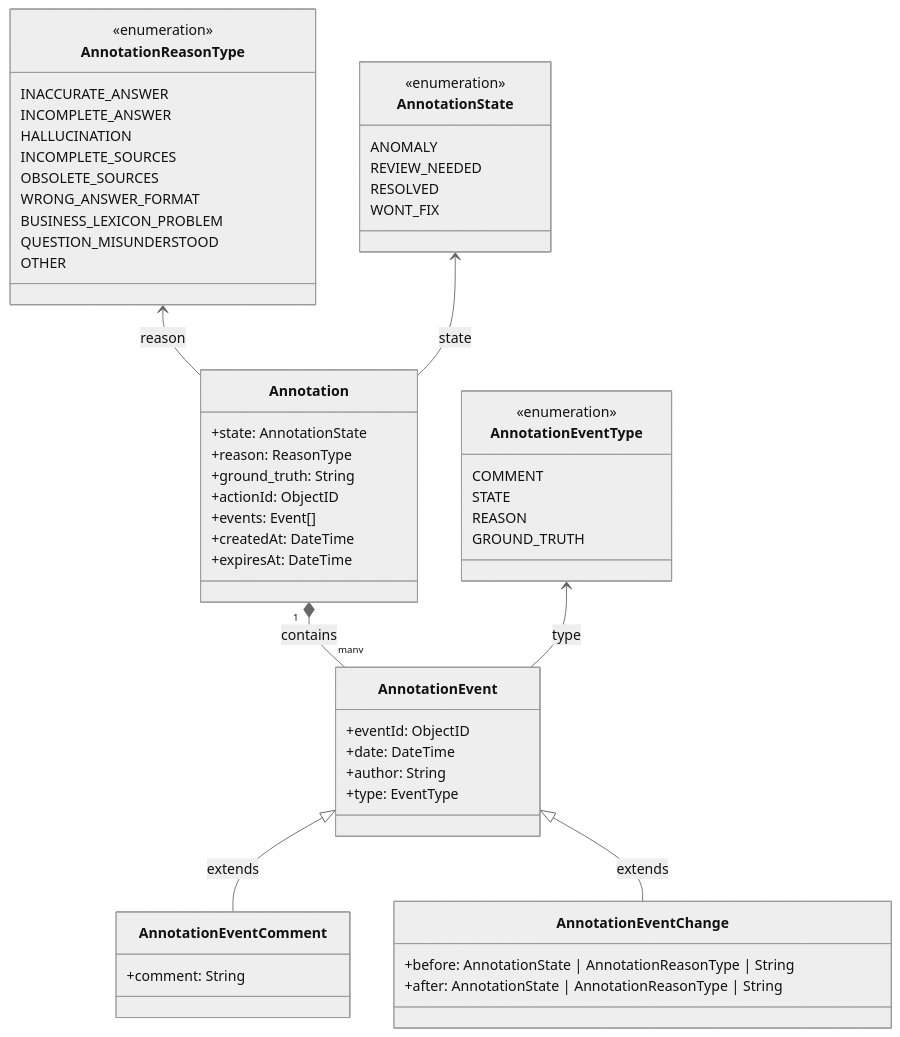
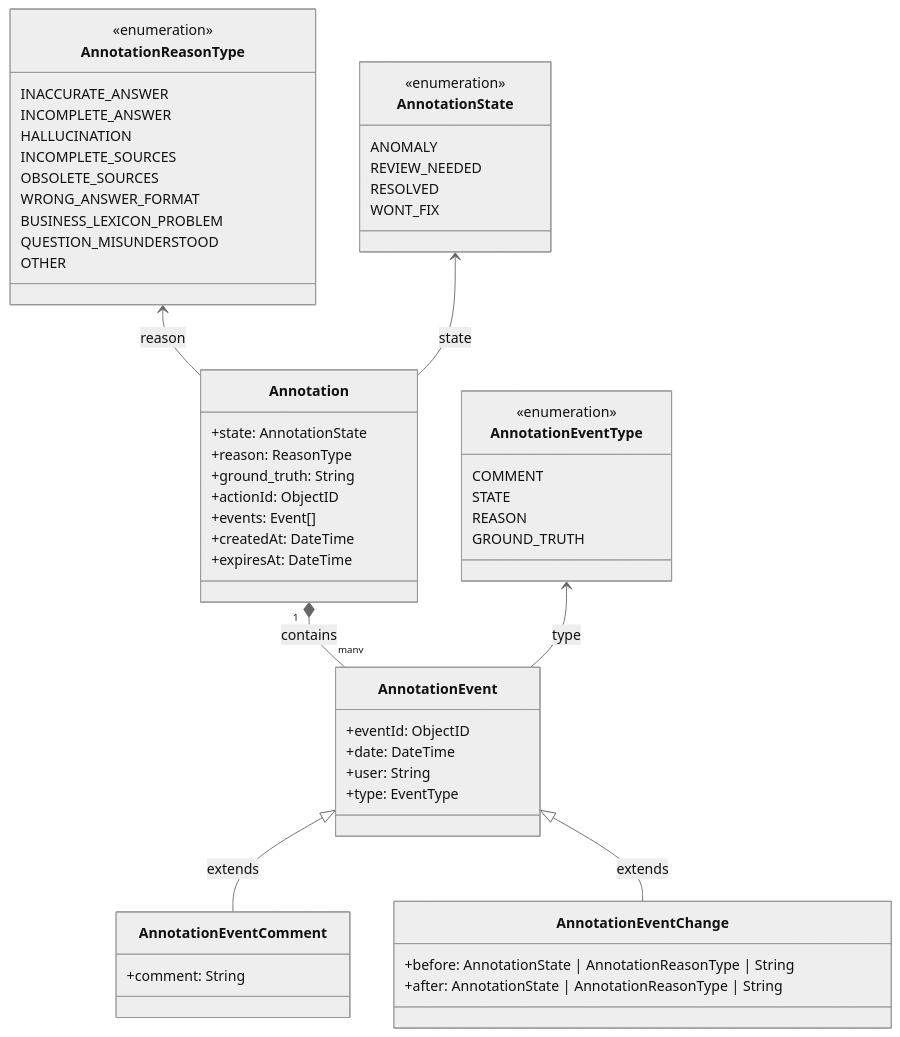
Before and after one commit to theopenconversationkit/tock: the diagram in Annotation.md, drawn with Mermaid (neutral theme). The commit also changed other lines of this file, not shown here.

````diff
--- a/Annotation.md
+++ b/Annotation.md
@@ -26,65 +26,65 @@
 ```mermaid
 classDiagram
     class Annotation {
         +state: AnnotationState
         +reason: ReasonType
         +ground_truth: String
         +actionId: ObjectID
         +events: Event[]
         +createdAt: DateTime
         +expiresAt: DateTime
     }
 
     class AnnotationEvent {
         +eventId: ObjectID
         +date: DateTime
-        +author: String
+        +user: String
         +type: EventType
     }
 
     class AnnotationEventComment {
         +comment: String
     }
 
     class AnnotationEventChange {
         +before: AnnotationState | AnnotationReasonType | String
         +after: AnnotationState | AnnotationReasonType | String
     }
 
     class AnnotationEventType {
         <<enumeration>>
         COMMENT
         STATE
         REASON
         GROUND_TRUTH
     }
 
     class AnnotationState {
         <<enumeration>>
         ANOMALY 
         REVIEW_NEEDED 
         RESOLVED 
         WONT_FIX 
     }
 
     class AnnotationReasonType {
         <<enumeration>>
         INACCURATE_ANSWER
         INCOMPLETE_ANSWER
         HALLUCINATION
         INCOMPLETE_SOURCES
         OBSOLETE_SOURCES
         WRONG_ANSWER_FORMAT
         BUSINESS_LEXICON_PROBLEM
         QUESTION_MISUNDERSTOOD
         OTHER
     }
 
 
     Annotation "1" *-- "many" AnnotationEvent : contains
     AnnotationEvent <|-- AnnotationEventComment : extends
     AnnotationEvent <|-- AnnotationEventChange : extends
     AnnotationEventType <-- AnnotationEvent : type
     AnnotationReasonType <-- Annotation : reason
     AnnotationState <-- Annotation : state
 ```
````
